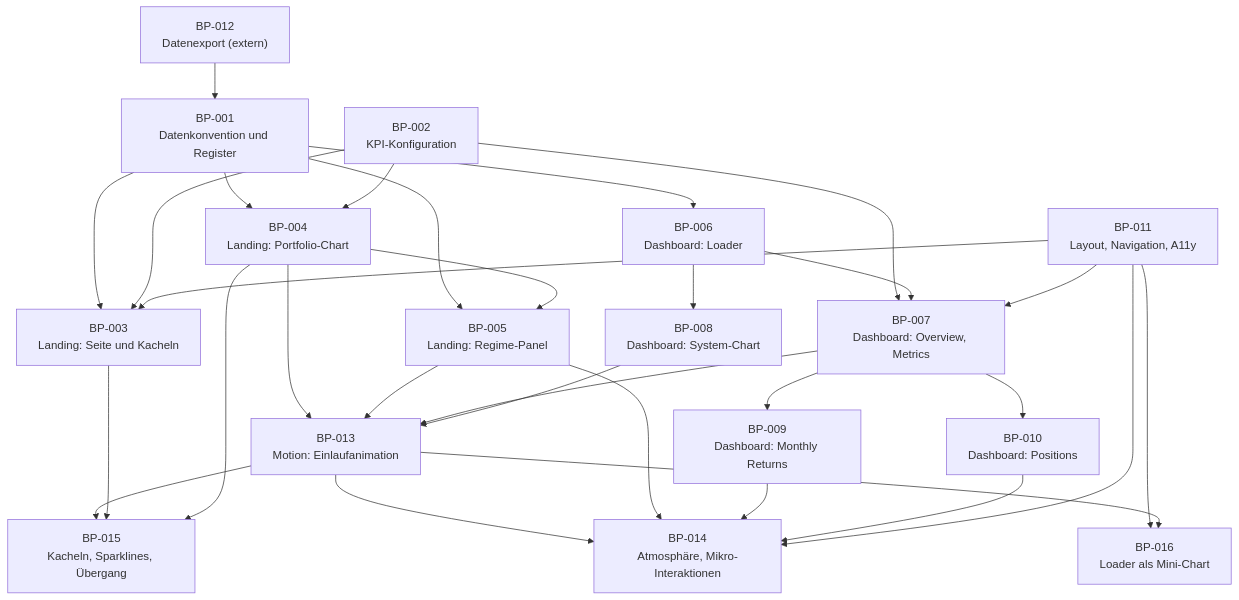
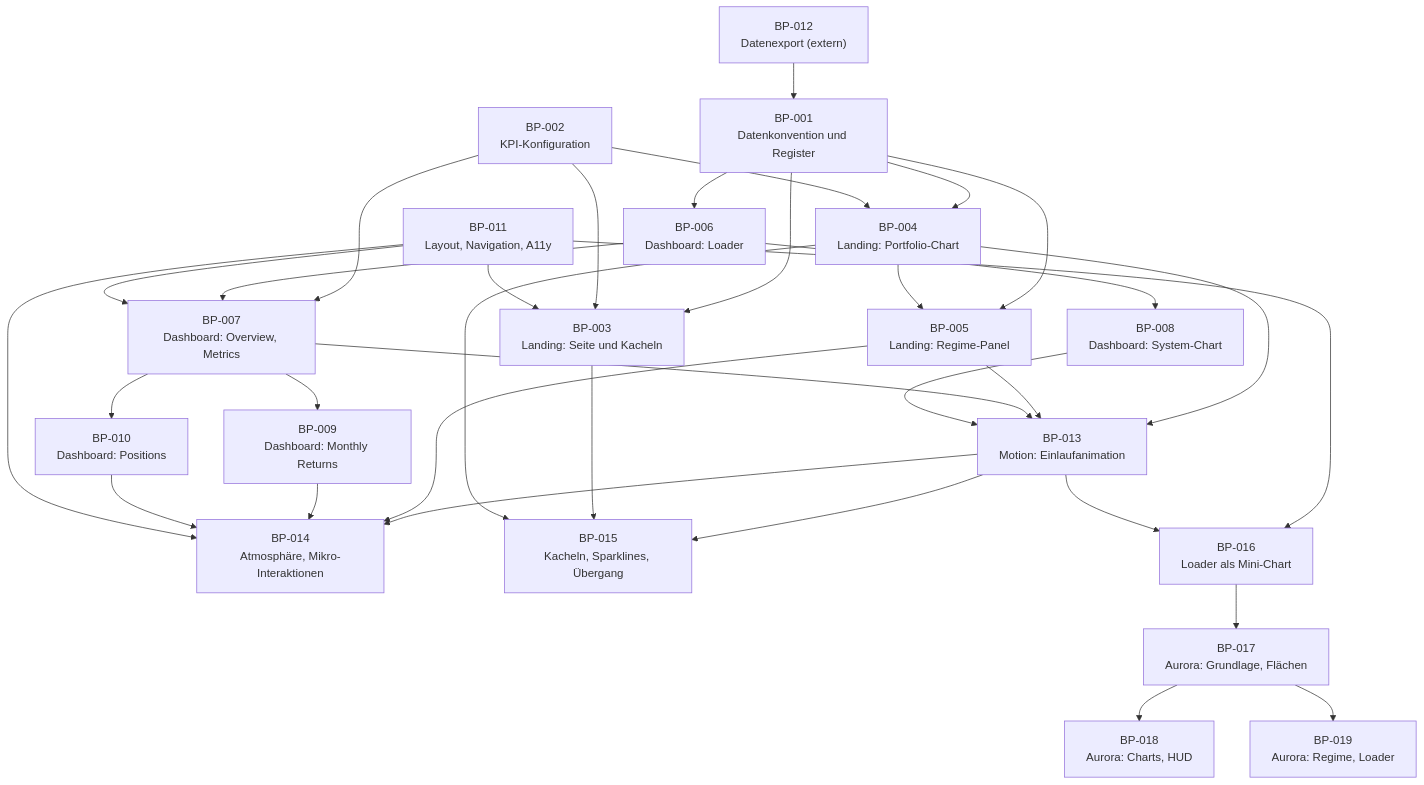
The diagram in docs/sdd/build_plan.md (github-ascnet/WL-Trading-Systems-Overview), drawn with Mermaid before and after one commit. The commit also changed other lines of this file and 11 other files, not shown here.

````diff
--- a/docs/sdd/build_plan.md
+++ b/docs/sdd/build_plan.md
@@ -44,49 +44,55 @@
 ```mermaid
 flowchart TD
     BP001["BP-001<br/>Datenkonvention und Register"]
     BP002["BP-002<br/>KPI-Konfiguration"]
     BP003["BP-003<br/>Landing: Seite und Kacheln"]
     BP004["BP-004<br/>Landing: Portfolio-Chart"]
     BP005["BP-005<br/>Landing: Regime-Panel"]
     BP006["BP-006<br/>Dashboard: Loader"]
     BP007["BP-007<br/>Dashboard: Overview, Metrics"]
     BP008["BP-008<br/>Dashboard: System-Chart"]
     BP009["BP-009<br/>Dashboard: Monthly Returns"]
     BP010["BP-010<br/>Dashboard: Positions"]
     BP011["BP-011<br/>Layout, Navigation, A11y"]
     BP012["BP-012<br/>Datenexport (extern)"]
     BP013["BP-013<br/>Motion: Einlaufanimation"]
     BP014["BP-014<br/>Atmosphäre, Mikro-Interaktionen"]
     BP015["BP-015<br/>Kacheln, Sparklines, Übergang"]
     BP016["BP-016<br/>Loader als Mini-Chart"]
+    BP017["BP-017<br/>Aurora: Grundlage, Flächen"]
+    BP018["BP-018<br/>Aurora: Charts, HUD"]
+    BP019["BP-019<br/>Aurora: Regime, Loader"]
 
     BP012 --> BP001
     BP001 --> BP003
     BP001 --> BP004
     BP001 --> BP005
     BP001 --> BP006
     BP002 --> BP003
     BP002 --> BP004
     BP002 --> BP007
     BP006 --> BP007
     BP007 --> BP009
     BP007 --> BP010
     BP006 --> BP008
     BP004 --> BP005
     BP011 --> BP003
     BP011 --> BP007
     BP004 --> BP013
     BP005 --> BP013
     BP007 --> BP013
     BP008 --> BP013
     BP013 --> BP014
     BP005 --> BP014
     BP009 --> BP014
     BP010 --> BP014
     BP011 --> BP014
     BP013 --> BP015
     BP003 --> BP015
     BP004 --> BP015
     BP011 --> BP016
     BP013 --> BP016
+    BP016 --> BP017
+    BP017 --> BP018
+    BP017 --> BP019
 ```
````
